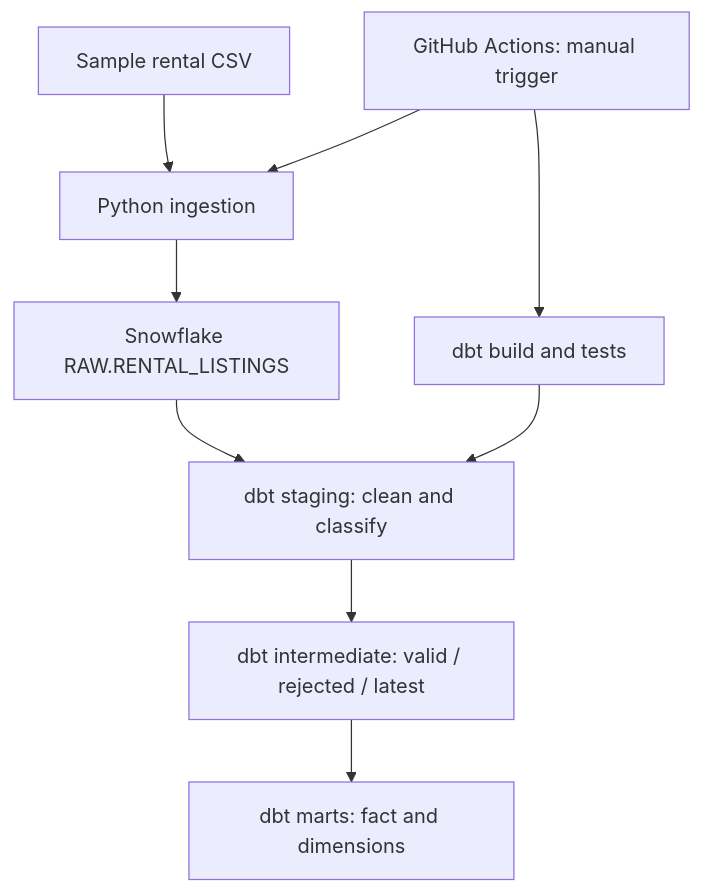
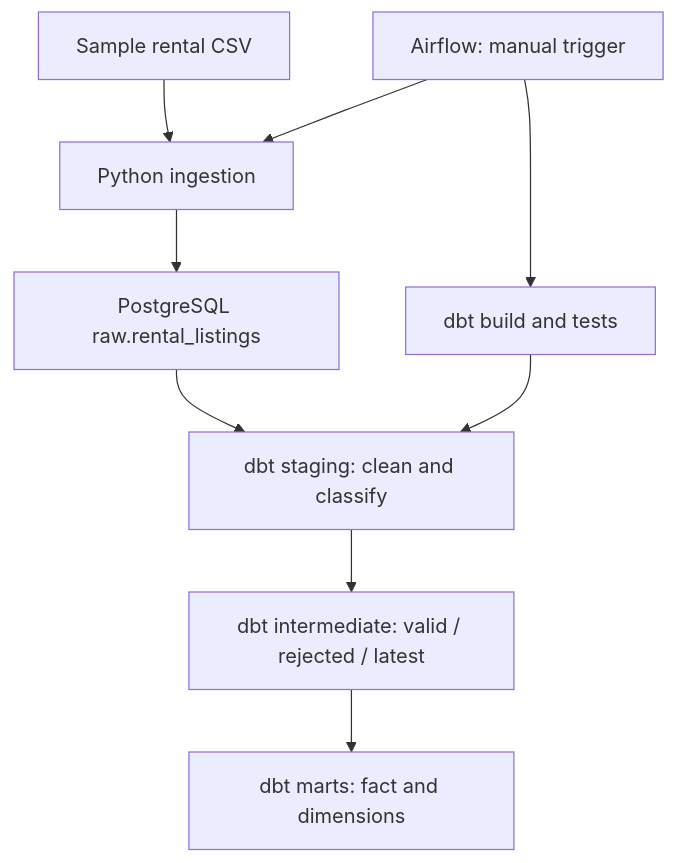
The diagram in README.md (AnTran289/student-rental-intelligence), drawn with Mermaid before and after one commit. The commit also changed other lines of this file and 1 other file, not shown here.

````diff
--- a/README.md
+++ b/README.md
@@ -17,11 +17,11 @@
 ```mermaid
 flowchart TD
     A[Sample rental CSV] --> B[Python ingestion]
-    B --> C[Snowflake RAW.RENTAL_LISTINGS]
+    B --> C[PostgreSQL raw.rental_listings]
     C --> D[dbt staging: clean and classify]
     D --> E[dbt intermediate: valid / rejected / latest]
     E --> F[dbt marts: fact and dimensions]
-    G[GitHub Actions: manual trigger] --> B
+    G[Airflow: manual trigger] --> B
     G --> H[dbt build and tests]
     H --> D
 ```
````
